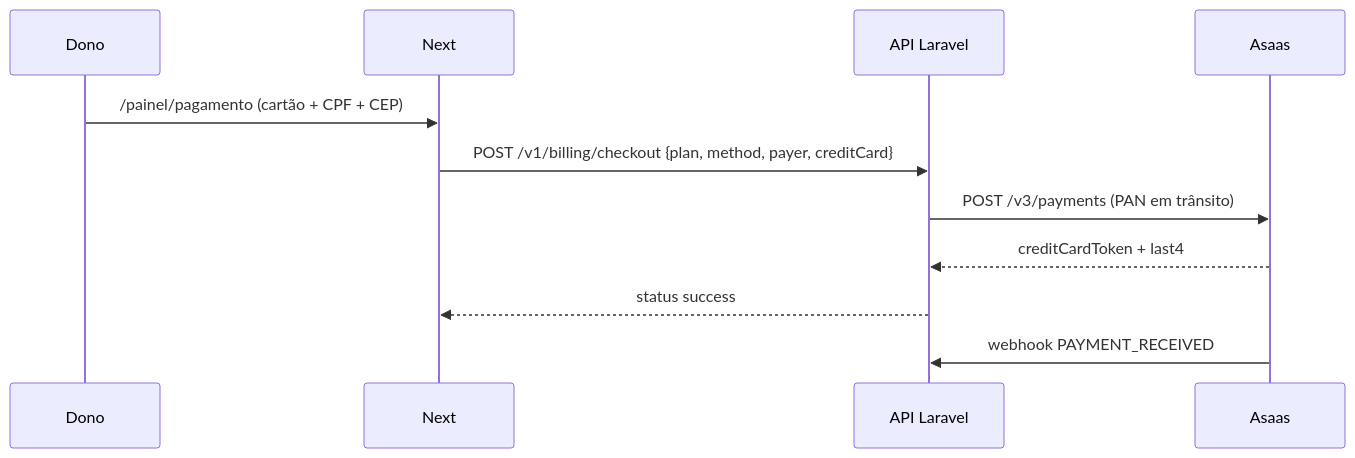
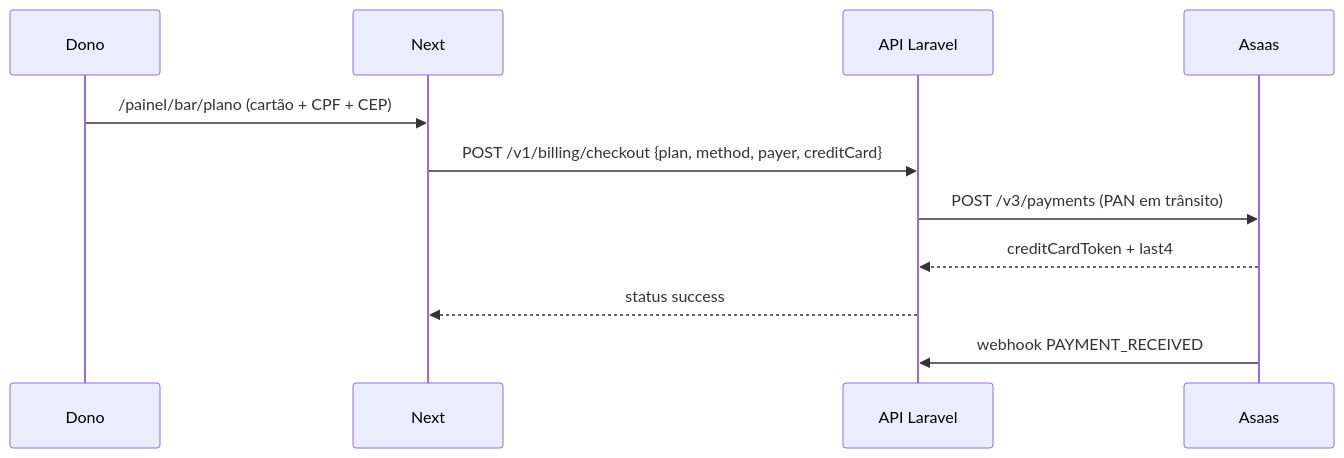
One commit to filiperamosds/eaimesa-frontend changed the diagram in docs/product/fatia-12-pagamento-asaas.md. Above: the diagram before and after it, drawn with Mermaid. The commit also changed other lines of this file and 43 other files, not shown here.

````diff
--- a/docs/product/fatia-12-pagamento-asaas.md
+++ b/docs/product/fatia-12-pagamento-asaas.md
@@ -42,14 +42,14 @@
 ```mermaid
 sequenceDiagram
   participant D as Dono
   participant W as Next
   participant API as API Laravel
   participant A as Asaas
 
-  D->>W: /painel/pagamento (cartão + CPF + CEP)
+  D->>W: /painel/bar/plano (cartão + CPF + CEP)
   W->>API: POST /v1/billing/checkout {plan, method, payer, creditCard}
   API->>A: POST /v3/payments (PAN em trânsito)
   A-->>API: creditCardToken + last4
   API-->>W: status success
   A->>API: webhook PAYMENT_RECEIVED
 ```
````
